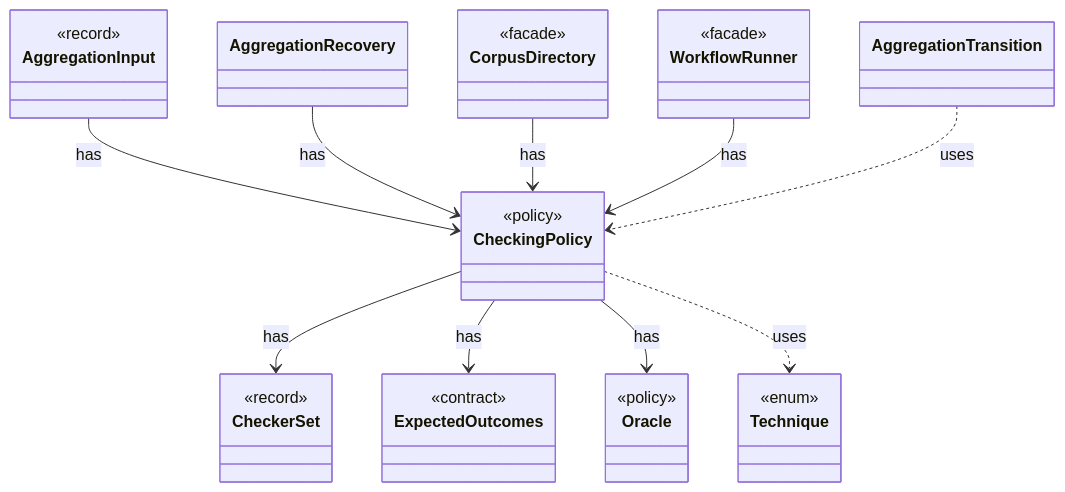
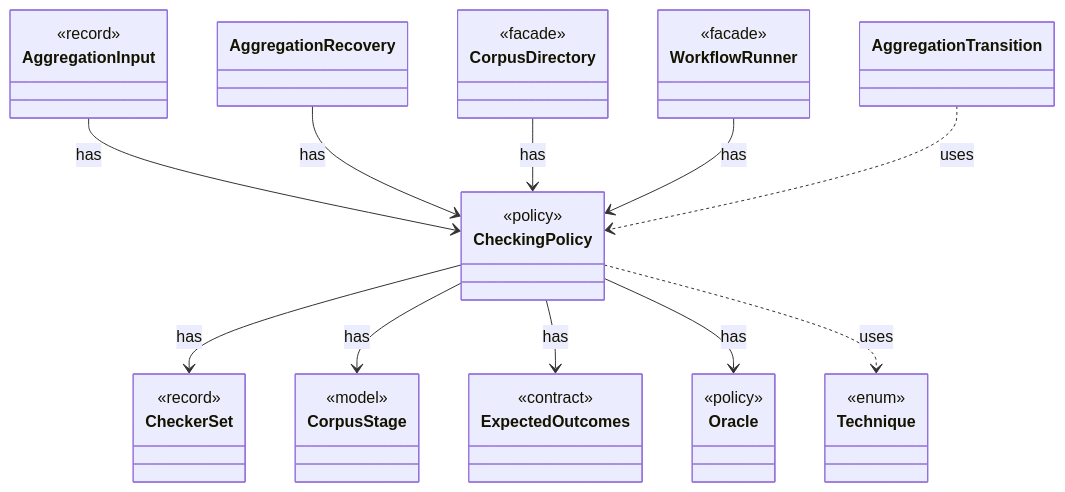
The diagram in dev/types/io.github.tlaplus.hardening.corpus.CheckingPolicy.md (tlaplus/model-checker-hardening), drawn with Mermaid before and after one commit. The commit also changed other lines of this file and 425 other files, not shown here.

````diff
--- a/dev/types/io.github.tlaplus.hardening.corpus.CheckingPolicy.md
+++ b/dev/types/io.github.tlaplus.hardening.corpus.CheckingPolicy.md
@@ -7,38 +7,42 @@
 ```mermaid
 classDiagram
   class CheckingPolicy {
     <<policy>>
   }
   class CheckerSet {
     <<record>>
+  }
+  class CorpusStage {
+    <<model>>
   }
   class ExpectedOutcomes {
     <<contract>>
   }
   class Oracle {
     <<policy>>
   }
   class AggregationInput {
     <<record>>
   }
   class AggregationRecovery
   class CorpusDirectory {
     <<facade>>
   }
   class WorkflowRunner {
     <<facade>>
   }
   class Technique {
     <<enum>>
   }
   class AggregationTransition
   CheckingPolicy --> CheckerSet : has
+  CheckingPolicy --> CorpusStage : has
   CheckingPolicy --> ExpectedOutcomes : has
   CheckingPolicy --> Oracle : has
   AggregationInput --> CheckingPolicy : has
   AggregationRecovery --> CheckingPolicy : has
   CorpusDirectory --> CheckingPolicy : has
   WorkflowRunner --> CheckingPolicy : has
   CheckingPolicy ..> Technique : uses
   AggregationTransition ..> CheckingPolicy : uses
 ```
````
